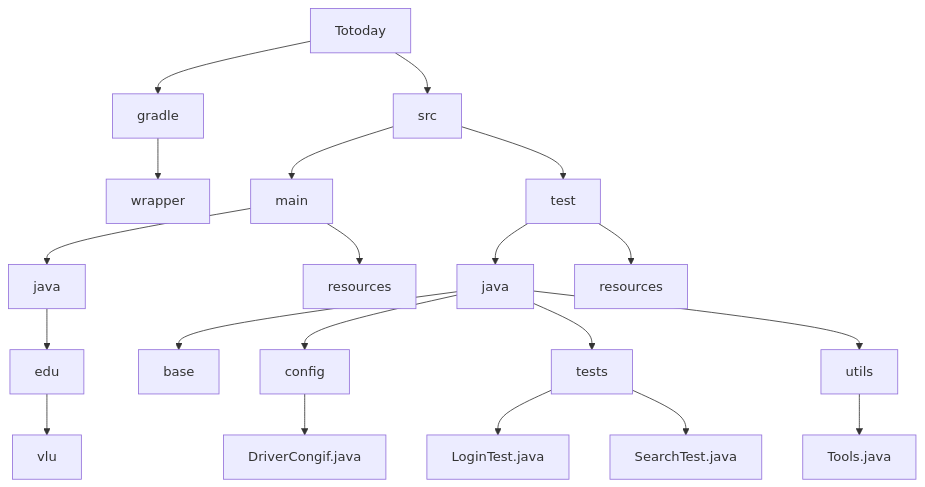
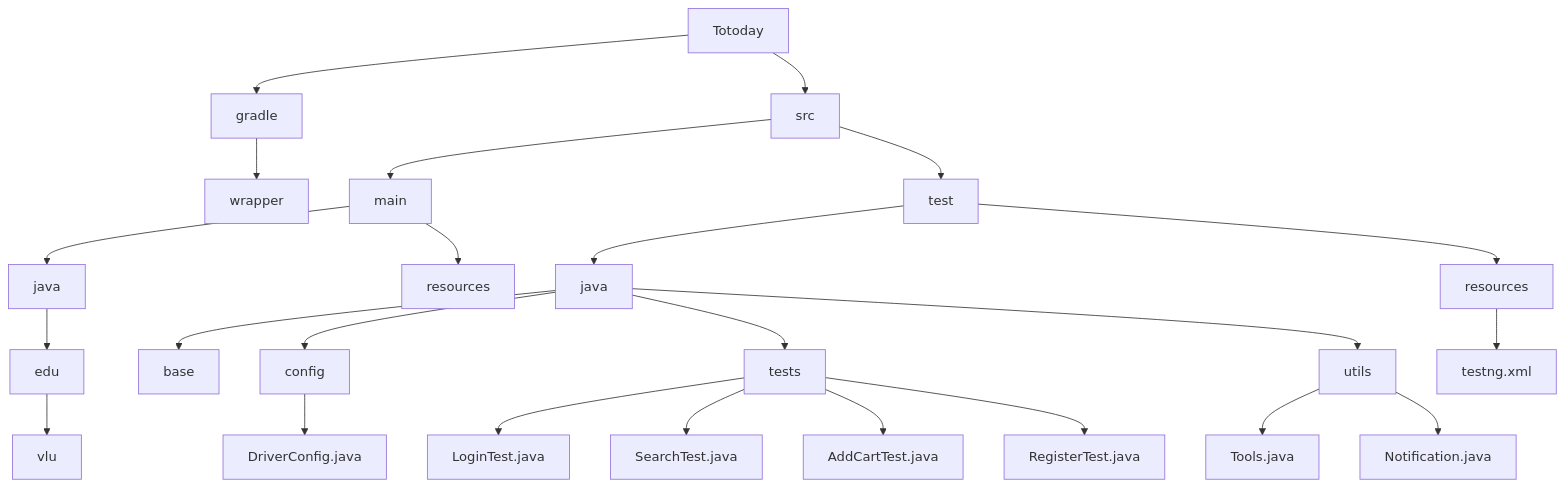
The diagram in README.md (shinki04/TotodayWebTesting), drawn with Mermaid before and after one commit. The commit also changed 3 other files, not shown here.

````diff
--- a/README.md
+++ b/README.md
@@ -12,25 +12,29 @@
 ```mermaid
 graph TD;
     D[Totoday]
     D --> gradle;
     gradle --> wrapper;
     
     D --> src;
     src --> main;
     main --> java;
     java --> edu;
     edu --> vlu;
     main --> resources;
     
     src --> test;
     test --> java_test["java"];
     java_test --> base;
     java_test --> config;
-    config --> DriverCongif.java
+    config --> DriverConfig.java
     java_test --> tests;
     tests --> LoginTest.java
     tests --> SearchTest.java
+    tests --> AddCartTest.java
+    tests --> RegisterTest.java
     java_test --> utils;
     utils --> Tools.java
+    utils --> Notification.java
     test --> resources_test["resources"];
+    resources_test --> testng.xml
 ```
````
